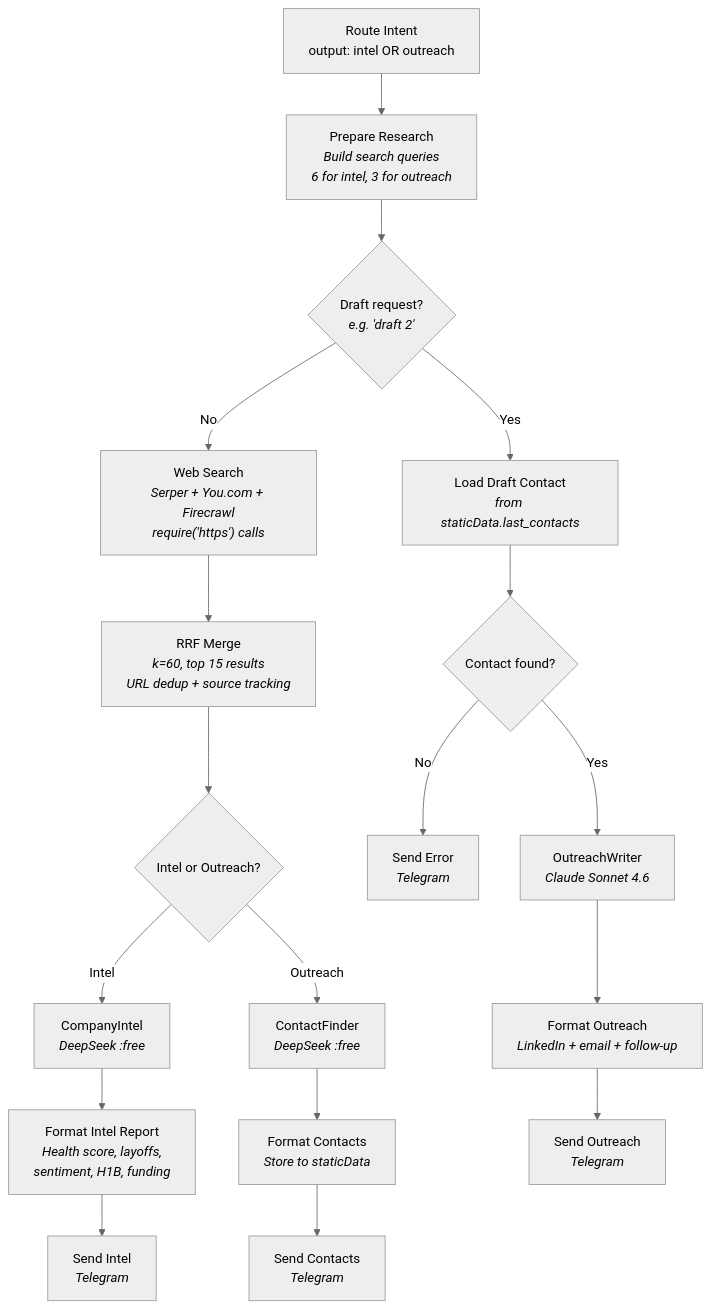
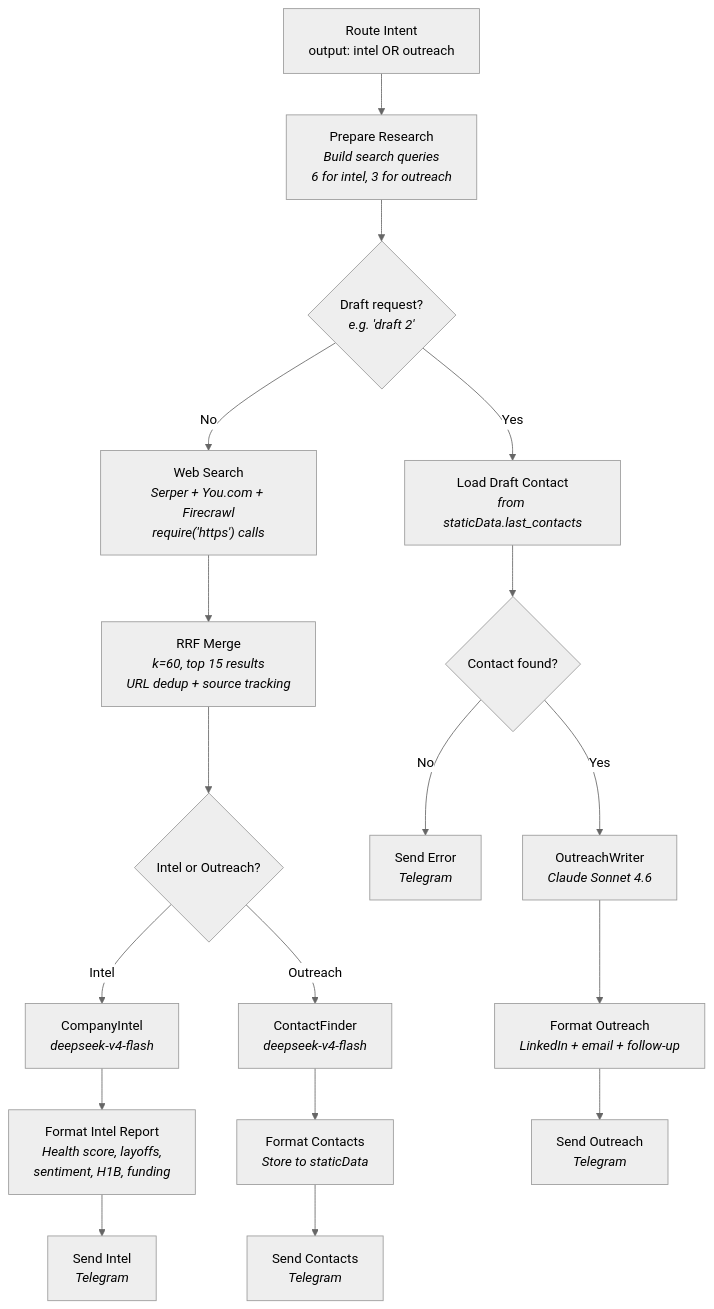
Before and after one commit to Career-Forge/n8n: the third of 4 diagrams in docs/ARCHITECTURE.md, drawn with Mermaid (neutral theme). The commit also changed other lines of this file and 8 other files, not shown here.

````diff
--- a/docs/ARCHITECTURE.md
+++ b/docs/ARCHITECTURE.md
@@ -101,28 +101,28 @@
 ```mermaid
 flowchart TD
     INTENT["Route Intent<br/>output: intel OR outreach"] --> PREP["Prepare Research<br/><i>Build search queries<br/>6 for intel, 3 for outreach</i>"]
 
     PREP --> DRAFT_CHECK{"Draft request?<br/><i>e.g. 'draft 2'</i>"}
 
     DRAFT_CHECK -->|Yes| LOAD_CONTACT["Load Draft Contact<br/><i>from staticData.last_contacts</i>"]
     DRAFT_CHECK -->|No| SEARCH["Web Search<br/><i>Serper + You.com + Firecrawl<br/>require('https') calls</i>"]
 
     SEARCH --> RRF["RRF Merge<br/><i>k=60, top 15 results<br/>URL dedup + source tracking</i>"]
 
     RRF --> TYPE_CHECK{"Intel or Outreach?"}
 
-    TYPE_CHECK -->|Intel| INTEL_LLM["CompanyIntel<br/><i>DeepSeek :free</i>"]
-    TYPE_CHECK -->|Outreach| CONTACT_LLM["ContactFinder<br/><i>DeepSeek :free</i>"]
+    TYPE_CHECK -->|Intel| INTEL_LLM["CompanyIntel<br/><i>deepseek-v4-flash</i>"]
+    TYPE_CHECK -->|Outreach| CONTACT_LLM["ContactFinder<br/><i>deepseek-v4-flash</i>"]
 
     INTEL_LLM --> FORMAT_INTEL["Format Intel Report<br/><i>Health score, layoffs,<br/>sentiment, H1B, funding</i>"]
     FORMAT_INTEL --> SEND_INTEL["Send Intel<br/><i>Telegram</i>"]
 
     CONTACT_LLM --> FORMAT_CONTACTS["Format Contacts<br/><i>Store to staticData</i>"]
     FORMAT_CONTACTS --> SEND_CONTACTS["Send Contacts<br/><i>Telegram</i>"]
 
     LOAD_CONTACT --> CONTACT_CHECK{"Contact found?"}
     CONTACT_CHECK -->|No| SEND_ERROR["Send Error<br/><i>Telegram</i>"]
     CONTACT_CHECK -->|Yes| WRITER["OutreachWriter<br/><i>Claude Sonnet 4.6</i>"]
     WRITER --> FORMAT_OUTREACH["Format Outreach<br/><i>LinkedIn + email + follow-up</i>"]
     FORMAT_OUTREACH --> SEND_OUTREACH["Send Outreach<br/><i>Telegram</i>"]
 ```
````
